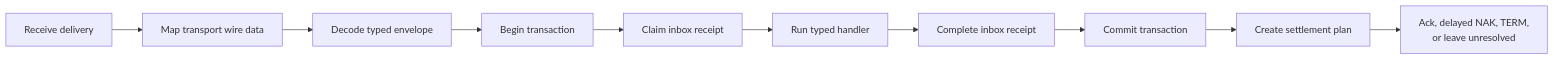
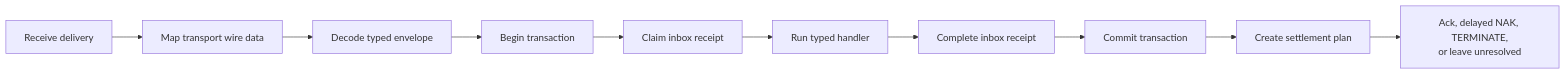
One commit to sisaio/sisa-messaging-rs changed the tenth of 13 diagrams in docs/runtime-flows.md. Above: the diagram before and after it, drawn with Mermaid. The commit also changed other lines of this file and 7 other files, not shown here.

````diff
--- a/docs/runtime-flows.md
+++ b/docs/runtime-flows.md
@@ -319,12 +319,12 @@
 ```mermaid
 flowchart LR
     Receive[Receive delivery] --> Map[Map transport wire data]
     Map --> Decode[Decode typed envelope]
     Decode --> Begin[Begin transaction]
     Begin --> Claim[Claim inbox receipt]
     Claim --> Handle[Run typed handler]
     Handle --> Complete[Complete inbox receipt]
     Complete --> Commit[Commit transaction]
     Commit --> Plan[Create settlement plan]
-    Plan --> Settle[Ack, delayed NAK, TERM,<br/>or leave unresolved]
+    Plan --> Settle[Ack, delayed NAK, TERMINATE,<br/>or leave unresolved]
 ```
````
